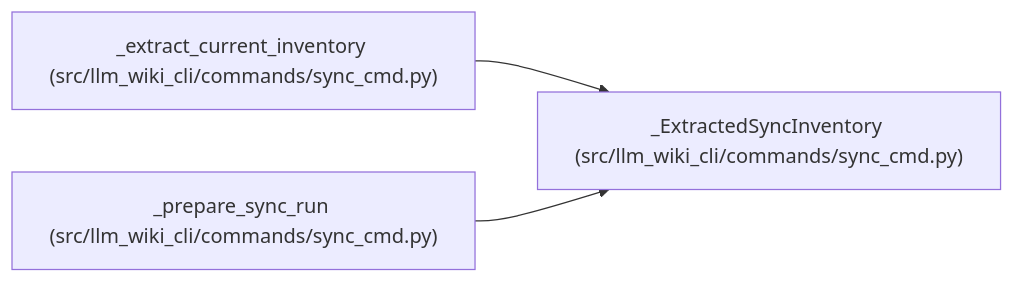
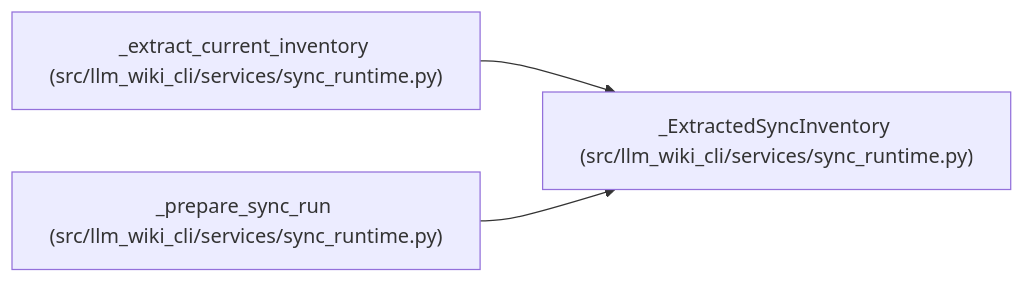
The diagram in docs/llm_wiki/entities/ExtractedSyncInventory.md (Denissvgn/python-wiki-llm), drawn with Mermaid before and after one commit. The commit also changed other lines of this file and 1555 other files, not shown here.

````diff
--- a/docs/llm_wiki/entities/ExtractedSyncInventory.md
+++ b/docs/llm_wiki/entities/ExtractedSyncInventory.md
@@ -28,11 +28,11 @@
 ```mermaid
 flowchart LR
-    n0["_ExtractedSyncInventory (src/llm_wiki_cli/commands/sync_cmd.py)"]
-    n1["_extract_current_inventory (src/llm_wiki_cli/commands/sync_cmd.py)"]
-    n2["_prepare_sync_run (src/llm_wiki_cli/commands/sync_cmd.py)"]
+    n0["_ExtractedSyncInventory (src/llm_wiki_cli/services/sync_runtime.py)"]
+    n1["_extract_current_inventory (src/llm_wiki_cli/services/sync_runtime.py)"]
+    n2["_prepare_sync_run (src/llm_wiki_cli/services/sync_runtime.py)"]
     n1 --> n0
     n2 --> n0
-    click n0 "../modules/sync_cmd.md"
-    click n1 "../modules/sync_cmd.md"
-    click n2 "../modules/sync_cmd.md"
+    click n0 "../modules/sync_runtime.md"
+    click n1 "../modules/sync_runtime.md"
+    click n2 "../modules/sync_runtime.md"
 ```
````
